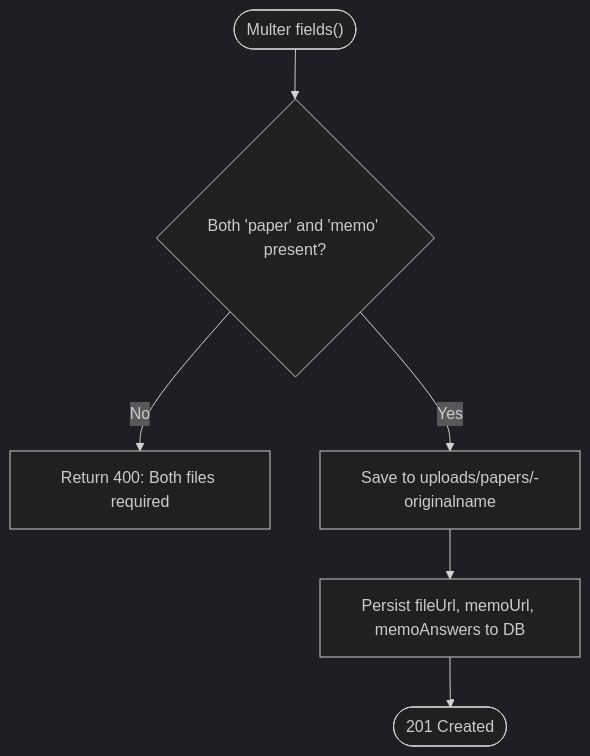
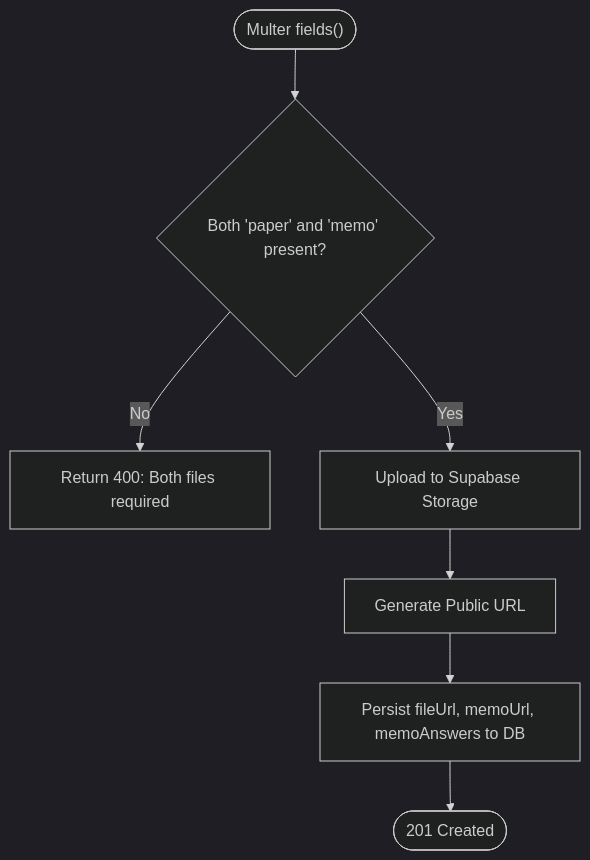
Before and after one commit to ZandileMkontwana/olympiad-portal: the third of 8 diagrams in .qoder/repowiki/en/content/Paper Distribution System/File Upload and Download.md, drawn with Mermaid (dark theme). The commit also changed other lines of this file and 16 other files, not shown here.

Commit message:
fix: test(backend): update tests for Clerk auth and Supabase storage

````diff
--- a/.qoder/repowiki/en/content/Paper Distribution System/File Upload and Download.md
+++ b/.qoder/repowiki/en/content/Paper Distribution System/File Upload and Download.md
@@ -106,8 +116,9 @@
 ```mermaid
 flowchart TD
 Start(["Multer fields()"]) --> CheckFields{"Both 'paper' and 'memo' present?"}
 CheckFields --> |No| Err400["Return 400: Both files required"]
-CheckFields --> |Yes| SaveFiles["Save to uploads/papers/<timestamp>-originalname"]
-SaveFiles --> PersistMeta["Persist fileUrl, memoUrl, memoAnswers to DB"]
+CheckFields --> |Yes| UploadSB["Upload to Supabase Storage"]
+UploadSB --> GenURL["Generate Public URL"]
+GenURL --> PersistMeta["Persist fileUrl, memoUrl, memoAnswers to DB"]
 PersistMeta --> Done(["201 Created"])
 ```
````
